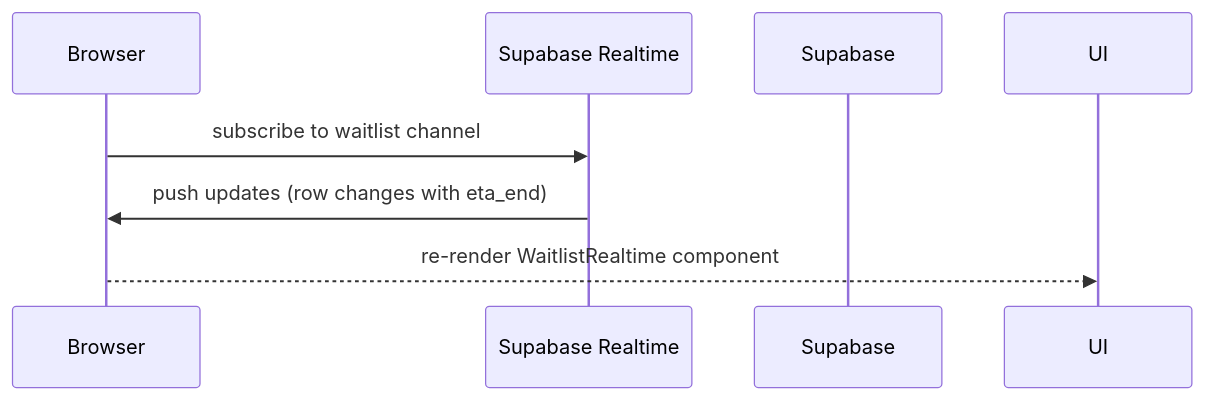
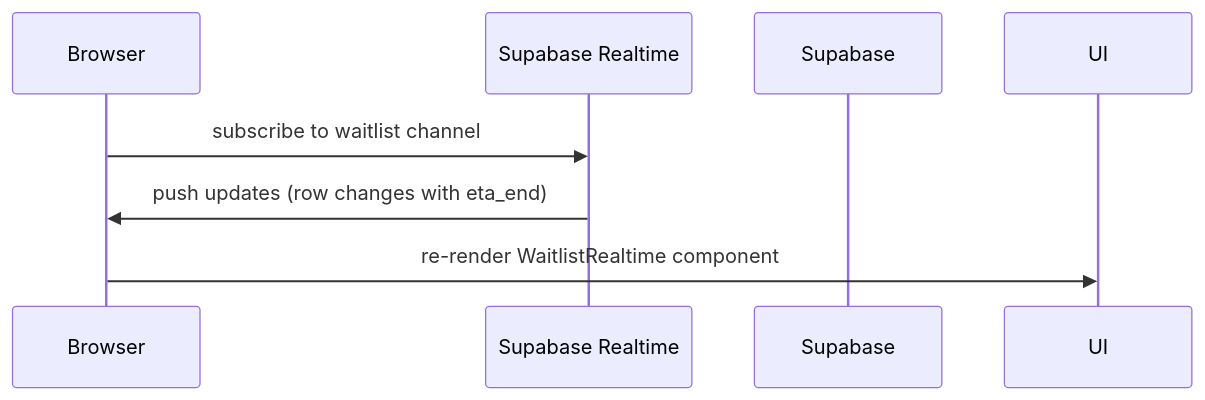
The fourth of 5 diagrams in docs/diagrams/README.md (Resanso/barber-apps), drawn with Mermaid before and after one commit. The commit also changed other lines of this file, not shown here.

````diff
--- a/docs/diagrams/README.md
+++ b/docs/diagrams/README.md
@@ -97,10 +99,10 @@
 ```mermaid
 sequenceDiagram
   participant Client as Browser
   participant Realtime as Supabase Realtime
   participant DB as Supabase
 
   Client->>Realtime: subscribe to waitlist channel
   Realtime->>Client: push updates (row changes with eta_end)
-  Client-->>UI: re-render WaitlistRealtime component
+  Client->>UI: re-render WaitlistRealtime component
 ```
````
